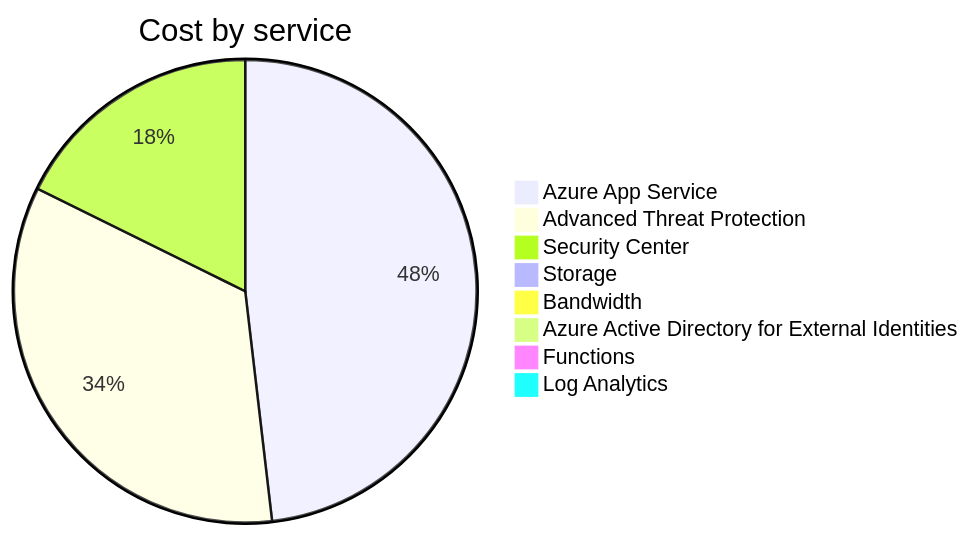
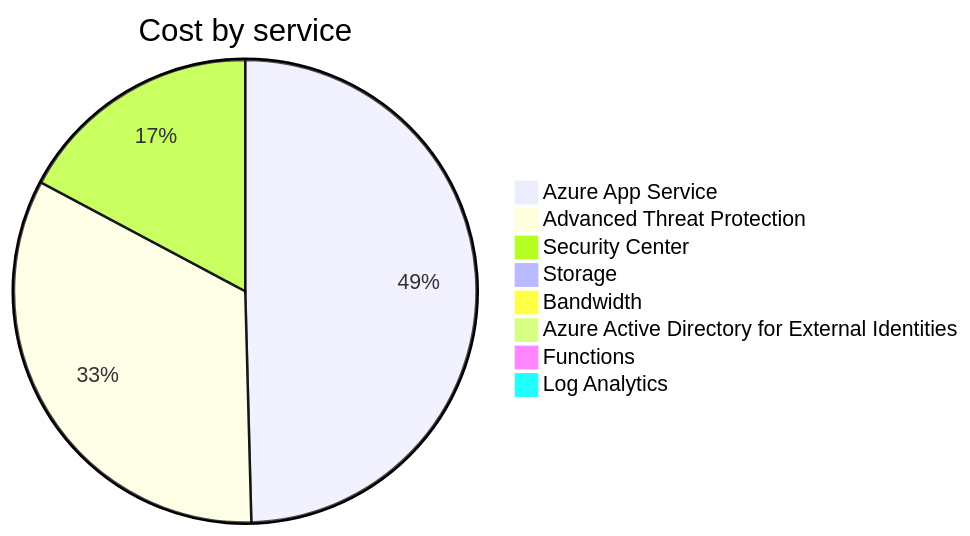
The second of 4 diagrams in cost-reports/personal-site/README.md (jpfulton/azure-personal-reports), drawn with Mermaid before and after one commit. The commit also changed other lines of this file and 7 other files, not shown here.

````diff
--- a/cost-reports/personal-site/README.md
+++ b/cost-reports/personal-site/README.md
@@ -100,12 +100,12 @@
 ```mermaid
 pie
    title Cost by service
-   "Azure App Service" : 10.01
+   "Azure App Service" : 10.60
    "Advanced Threat Protection" : 7.10
    "Security Center" : 3.68
    "Storage" : 0.07
    "Bandwidth" : 0.00
    "Azure Active Directory for External Identities" : 0.00
    "Functions" : 0.00
    "Log Analytics" : 0.00
 ```
````
